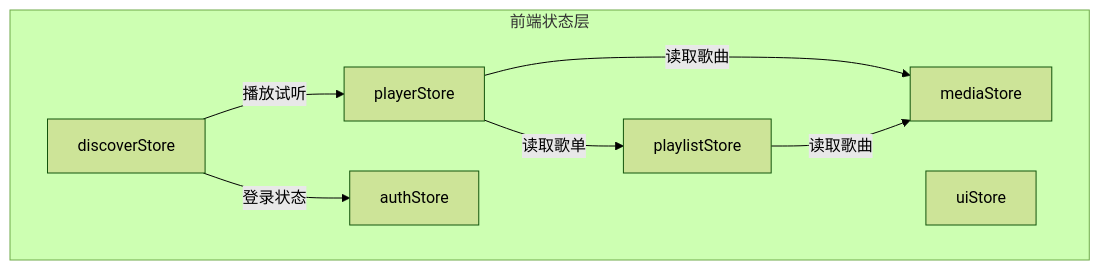
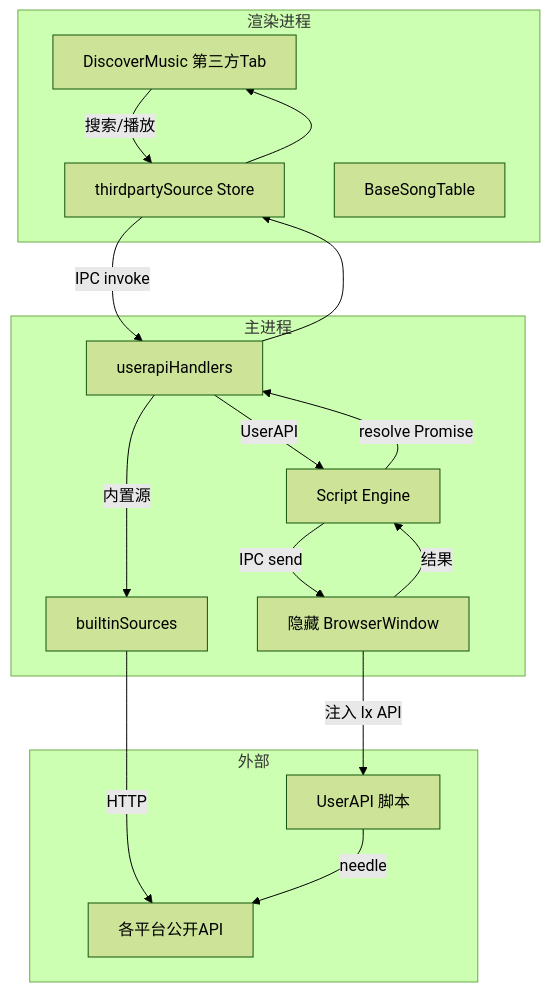
One commit to ddll8023/llmusic changed the second of 2 diagrams in doc/模块说明文档.md. Above: the diagram before and after it, drawn with Mermaid (forest theme). The commit also changed other lines of this file and 29 other files, not shown here.

````diff
--- a/doc/模块说明文档.md
+++ b/doc/模块说明文档.md
@@ -564,18 +224,25 @@
 ```mermaid
 flowchart TD
-    subgraph 前端状态层
-        A[mediaStore]
-        B[playerStore]
-        C[discoverStore]
-        D[playlistStore]
-        E[authStore]
-        F[uiStore]
+    subgraph 渲染进程
+        A[DiscoverMusic 第三方Tab]
+        B[thirdpartySource Store]
+        C[BaseSongTable]
     end
-    
-    B -->|读取歌曲| A
-    B -->|读取歌单| D
-    D -->|读取歌曲| A
-    
-    C -->|登录状态| E
-    C -->|播放试听| B
+    subgraph 主进程
+        D[userapiHandlers]
+        E[builtinSources]
+        F[Script Engine]
+        G[隐藏 BrowserWindow]
+    end
+    subgraph 外部
+        H[各平台公开API]
+        I[UserAPI 脚本]
+    end
+
+    A -->|搜索/播放| B
+    B -->|IPC invoke| D
+    D -->|内置源| E -->|HTTP| H
+    D -->|UserAPI| F -->|IPC send| G
+    G -->|注入 lx API| I -->|needle| H
+    G -->|结果| F -->|resolve Promise| D --> B --> A
 ```
````
